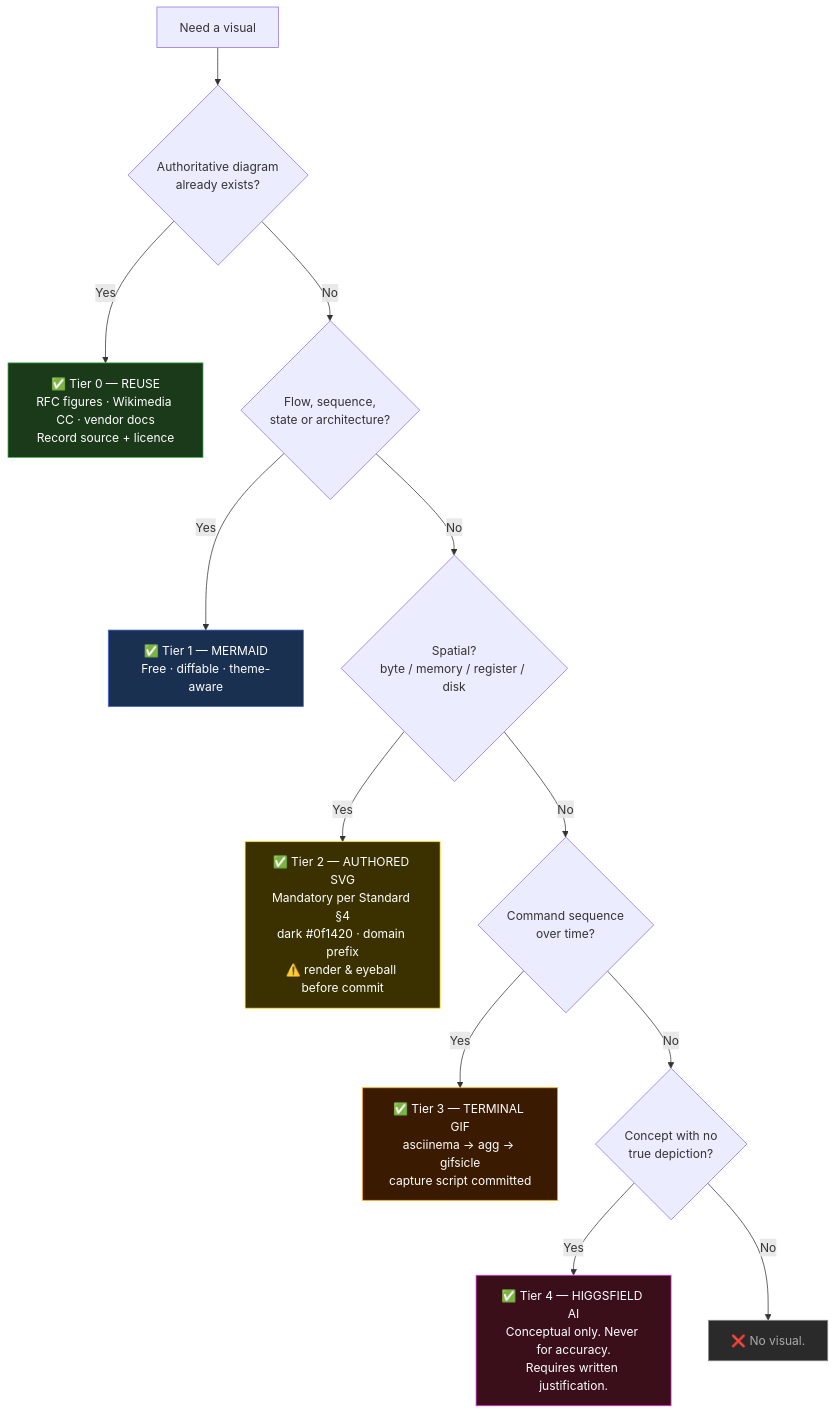
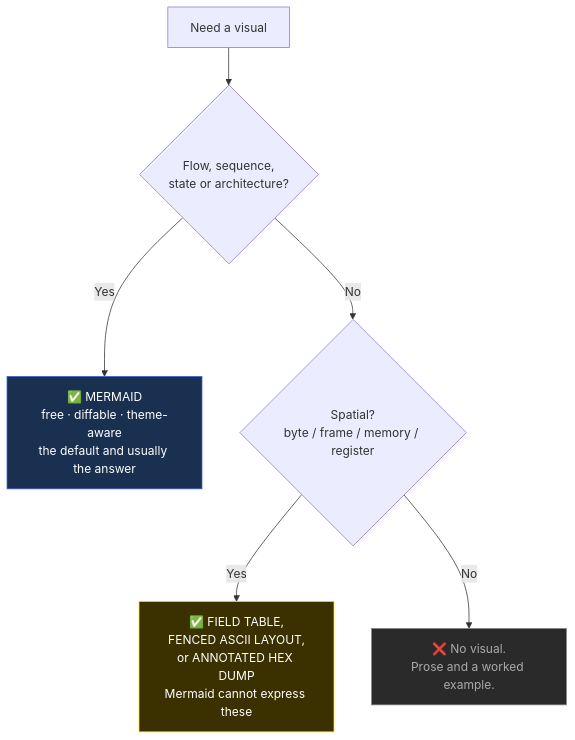
Before and after one commit to nnr-root/cybersec-crook2root-notes: the third of 4 diagrams in docs/Crook2Root Master Blueprint.md, drawn with Mermaid. The commit also changed other lines of this file and 9 other files, not shown here.

````diff
--- a/docs/Crook2Root Master Blueprint.md
+++ b/docs/Crook2Root Master Blueprint.md
@@ -332,20 +337,11 @@
 ```mermaid
 flowchart TD
-    Q["Need a visual"] --> A{"Authoritative diagram<br/>already exists?"}
-    A -->|Yes| A1["✅ Tier 0 — REUSE<br/>RFC figures · Wikimedia CC · vendor docs<br/>Record source + licence"]
-    A -->|No| B{"Flow, sequence,<br/>state or architecture?"}
-    B -->|Yes| B1["✅ Tier 1 — MERMAID<br/>Free · diffable · theme-aware"]
-    B -->|No| C{"Spatial?<br/>byte / memory / register / disk"}
-    C -->|Yes| C1["✅ Tier 2 — AUTHORED SVG<br/>Mandatory per Standard §4<br/>dark #0f1420 · domain prefix<br/>⚠️ render & eyeball before commit"]
-    C -->|No| D{"Command sequence<br/>over time?"}
-    D -->|Yes| D1["✅ Tier 3 — TERMINAL GIF<br/>asciinema → agg → gifsicle<br/>capture script committed"]
-    D -->|No| E{"Concept with no<br/>true depiction?"}
-    E -->|Yes| E1["✅ Tier 4 — HIGGSFIELD AI<br/>Conceptual only. Never for accuracy.<br/>Requires written justification."]
-    E -->|No| F["❌ No visual."]
-    style A1 fill:#1a3a1a,stroke:#3CB44B,color:#fff
+    Q["Need a visual"] --> B{"Flow, sequence,<br/>state or architecture?"}
+    B -->|Yes| B1["✅ MERMAID<br/>free · diffable · theme-aware<br/>the default and usually the answer"]
+    B -->|No| C{"Spatial?<br/>byte / frame / memory / register"}
+    C -->|Yes| C1["✅ FIELD TABLE,<br/>FENCED ASCII LAYOUT,<br/>or ANNOTATED HEX DUMP<br/>Mermaid cannot express these"]
+    C -->|No| F["❌ No visual.<br/>Prose and a worked example."]
     style B1 fill:#1a3050,stroke:#4363D8,color:#fff
     style C1 fill:#3a3000,stroke:#FFE119,color:#fff
-    style D1 fill:#3a1a00,stroke:#FFA500,color:#fff
-    style E1 fill:#3a0f1a,stroke:#F032E6,color:#fff
     style F fill:#2a2a2a,stroke:#888,color:#aaa
 ```
````
